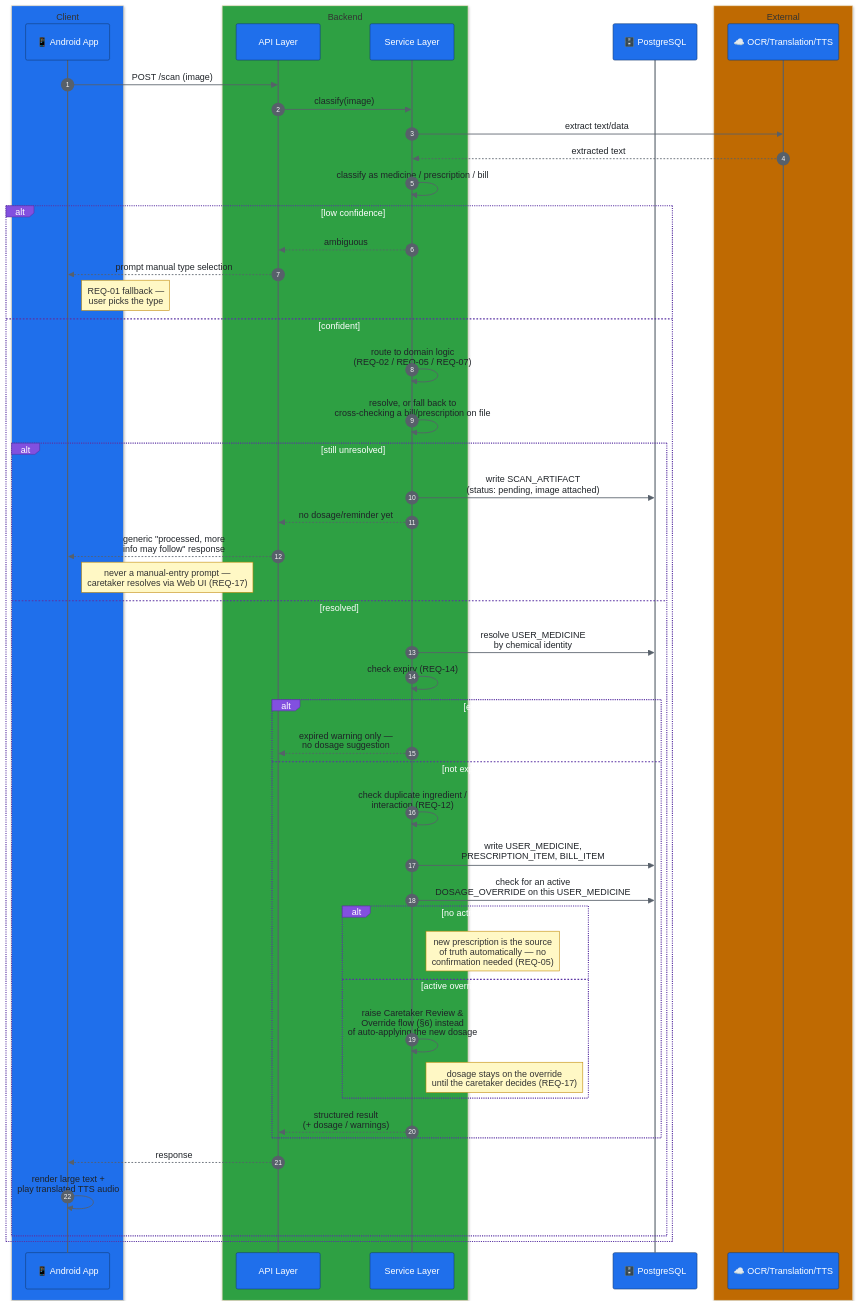
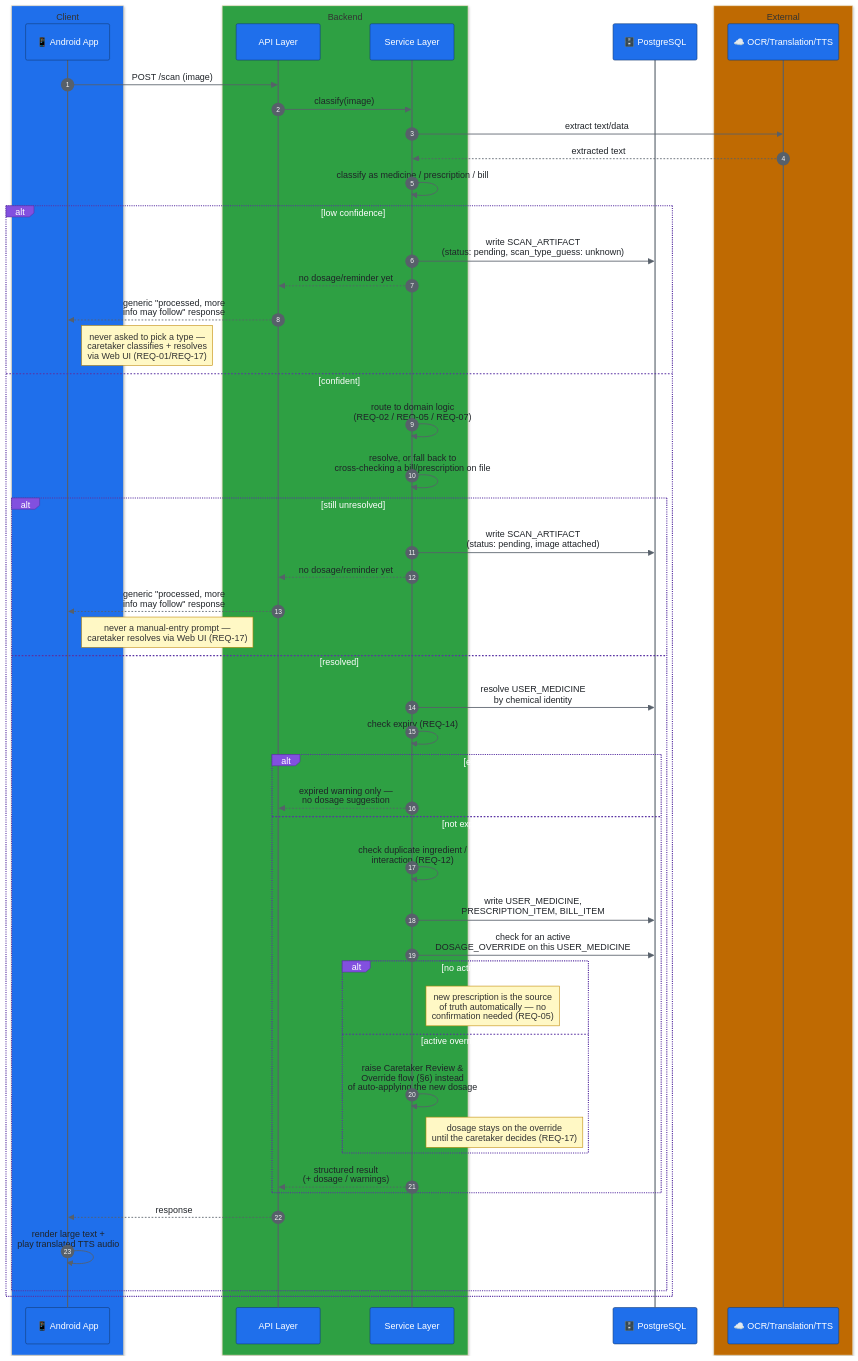
One commit to bhuvi-garg/Med-Verify changed the second of 6 diagrams in Arch/ARCH-05-flows.md. Above: the diagram before and after it, drawn with Mermaid. The commit also changed other lines of this file and 3 other files, not shown here.

First line of the commit message:
mv: fix diagram bugs and low-confidence routing

````diff
--- a/Arch/ARCH-05-flows.md
+++ b/Arch/ARCH-05-flows.md
@@ -55,58 +50,59 @@
 ```mermaid
 %%{init: {"theme": "base", "themeVariables": {"actorBkg": "#1f6feb", "actorBorder": "#123a75", "actorTextColor": "#ffffff", "actorLineColor": "#57606a", "signalColor": "#57606a", "signalTextColor": "#1f2328", "labelBoxBkgColor": "#8250df", "labelBoxBorderColor": "#5a32a3", "labelTextColor": "#ffffff", "noteBkgColor": "#fff8c5", "noteBorderColor": "#bf8700"}} }%%
 sequenceDiagram
     autonumber
     box rgb(31,111,235) Client
         participant App as 📱 Android App
     end
     box rgb(46,160,67) Backend
         participant API as API Layer
         participant SVC as Service Layer
     end
     participant DB as 🗄️ PostgreSQL
     box rgb(191,106,2) External
         participant EXT as ☁️ OCR/Translation/TTS
     end
 
     App->>API: POST /scan (image)
     API->>SVC: classify(image)
     SVC->>EXT: extract text/data
     EXT-->>SVC: extracted text
     SVC->>SVC: classify as medicine / prescription / bill
 
     alt low confidence
-        SVC-->>API: ambiguous
-        API-->>App: prompt manual type selection
-        Note right of App: REQ-01 fallback —<br/>user picks the type
+        SVC->>DB: write SCAN_ARTIFACT<br/>(status: pending, scan_type_guess: unknown)
+        SVC-->>API: no dosage/reminder yet
+        API-->>App: generic "processed, more<br/>info may follow" response
+        Note right of App: never asked to pick a type —<br/>caretaker classifies + resolves<br/>via Web UI (REQ-01/REQ-17)
     else confident
         SVC->>SVC: route to domain logic<br/>(REQ-02 / REQ-05 / REQ-07)
         SVC->>SVC: resolve, or fall back to<br/>cross-checking a bill/prescription on file
 
         alt still unresolved
             SVC->>DB: write SCAN_ARTIFACT<br/>(status: pending, image attached)
             SVC-->>API: no dosage/reminder yet
             API-->>App: generic "processed, more<br/>info may follow" response
             Note right of App: never a manual-entry prompt —<br/>caretaker resolves via Web UI (REQ-17)
         else resolved
             SVC->>DB: resolve USER_MEDICINE<br/>by chemical identity
             SVC->>SVC: check expiry (REQ-14)
             alt expired
                 SVC-->>API: expired warning only —<br/>no dosage suggestion
             else not expired
                 SVC->>SVC: check duplicate ingredient /<br/>interaction (REQ-12)
                 SVC->>DB: write USER_MEDICINE,<br/>PRESCRIPTION_ITEM, BILL_ITEM
                 SVC->>DB: check for an active<br/>DOSAGE_OVERRIDE on this USER_MEDICINE
 
                 alt no active override
                     Note right of SVC: new prescription is the source<br/>of truth automatically — no<br/>confirmation needed (REQ-05)
                 else active override exists
                     SVC->>SVC: raise Caretaker Review &<br/>Override flow (§6) instead<br/>of auto-applying the new dosage
                     Note right of SVC: dosage stays on the override<br/>until the caretaker decides (REQ-17)
                 end
                 SVC-->>API: structured result<br/>(+ dosage / warnings)
             end
             API-->>App: response
             App->>App: render large text +<br/>play translated TTS audio
         end
     end
 ```
````
